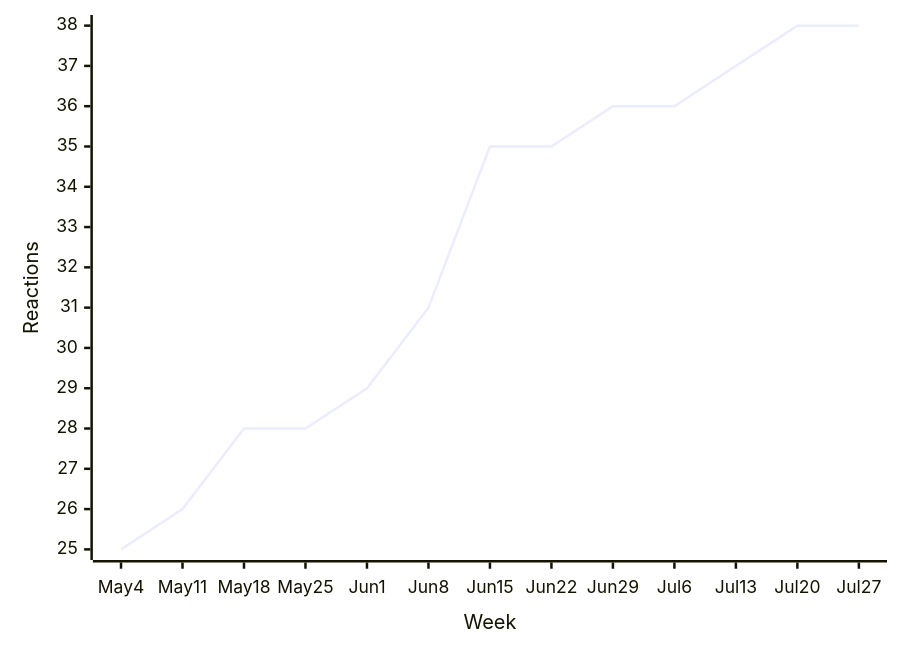
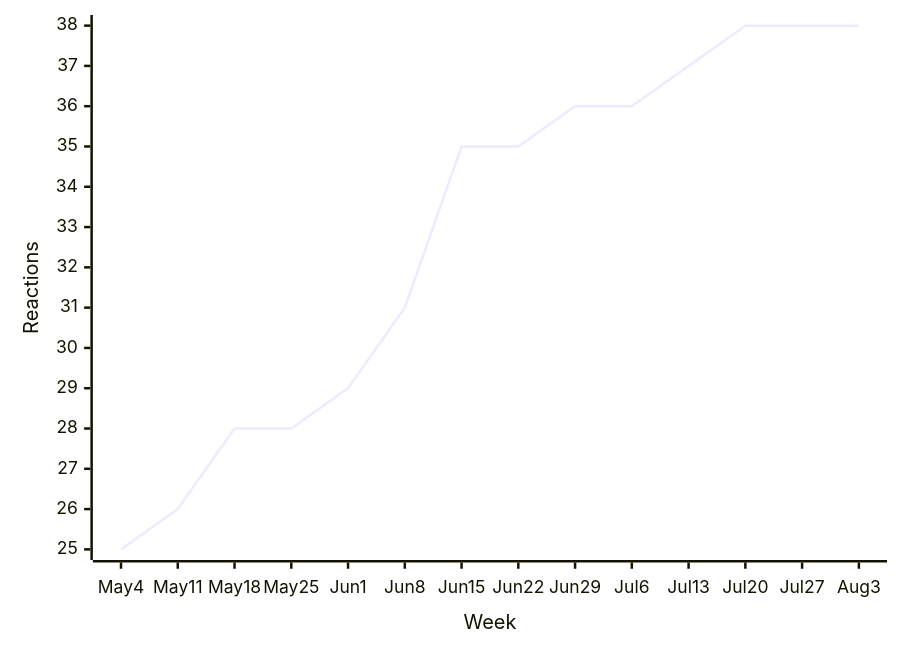
One commit to loic-sharma/github-insights changed diagram 15 of 44 in README.md. Above: the diagram before and after it, drawn with Mermaid. The commit also changed other lines of this file and 3 other files, not shown here.

````diff
--- a/README.md
+++ b/README.md
@@ -577,6 +577,6 @@
   ```mermaid
   xychart-beta
-    x-axis "Week" [May 4, May 11, May 18, May 25, Jun 1, Jun 8, Jun 15, Jun 22, Jun 29, Jul 6, Jul 13, Jul 20, Jul 27]
+    x-axis "Week" [May 4, May 11, May 18, May 25, Jun 1, Jun 8, Jun 15, Jun 22, Jun 29, Jul 6, Jul 13, Jul 20, Jul 27, Aug 3]
     y-axis "Reactions"
-    line [25, 26, 28, 28, 29, 31, 35, 35, 36, 36, 37, 38, 38]
+    line [25, 26, 28, 28, 29, 31, 35, 35, 36, 36, 37, 38, 38, 38]
   ```
````
